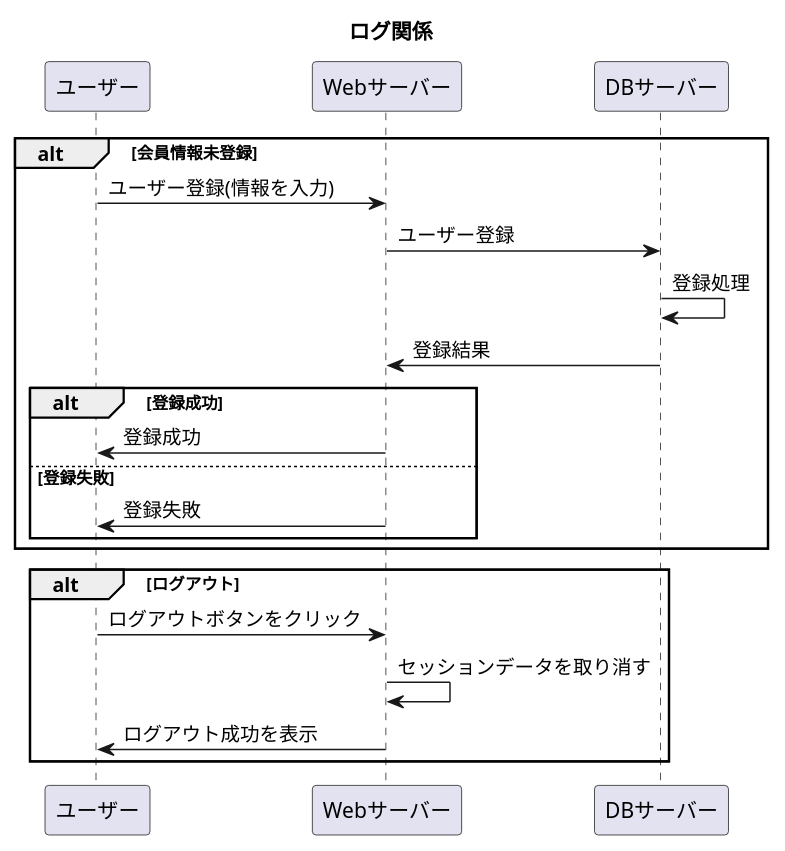
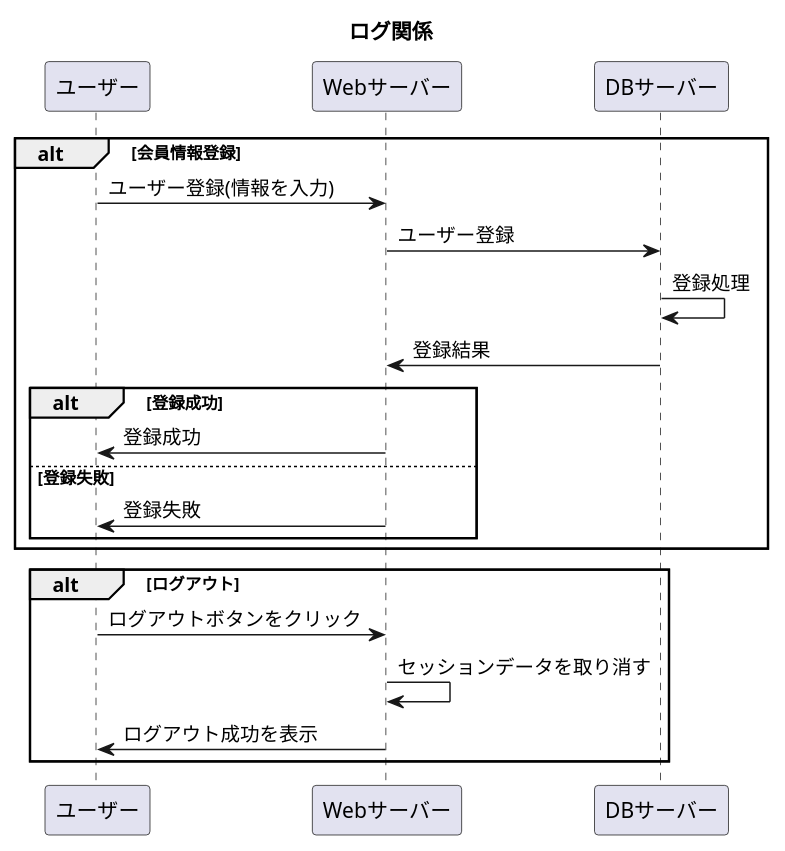
Before and after one commit to Aso2001227/Aso-Sports-1: the diagram in 設計書/02_業務フロー/Log-flow.md, drawn with PlantUML.

````diff
--- a/設計書/02_業務フロー/Log-flow.md
+++ b/設計書/02_業務フロー/Log-flow.md
@@ -1,21 +1,21 @@
 ```uml
 @startuml
 title: ログ関係
-alt 会員情報未登録
+alt 会員情報登録
   ユーザー -> Webサーバー : ユーザー登録(情報を入力)
   Webサーバー -> DBサーバー : ユーザー登録
   DBサーバー -> DBサーバー : 登録処理
   DBサーバー -> Webサーバー : 登録結果
   alt 登録成功
     Webサーバー -> ユーザー : 登録成功
     else 登録失敗
     Webサーバー -> ユーザー : 登録失敗
   end
  end
 alt ログアウト
 ユーザー ->Webサーバー :ログアウトボタンをクリック
 Webサーバー -> Webサーバー :セッションデータを取り消す
 Webサーバー -> ユーザー :ログアウト成功を表示
 end
 @enduml
 ```
````
